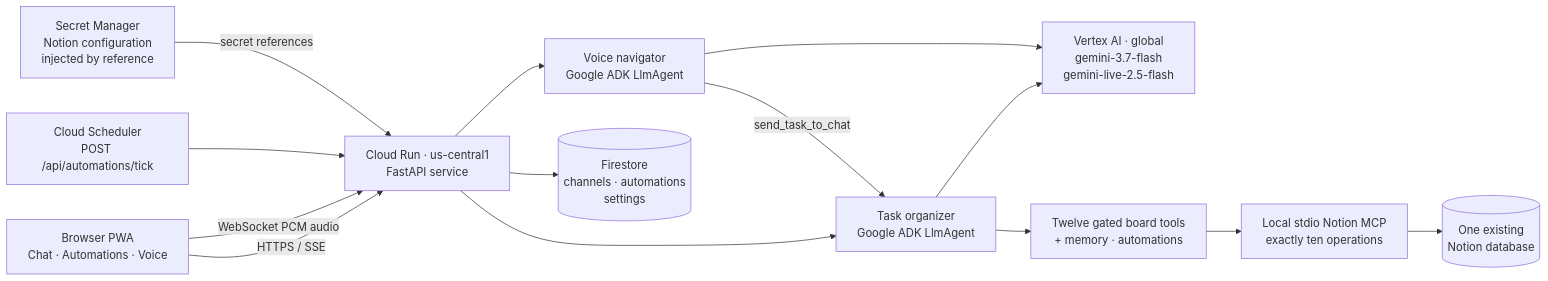
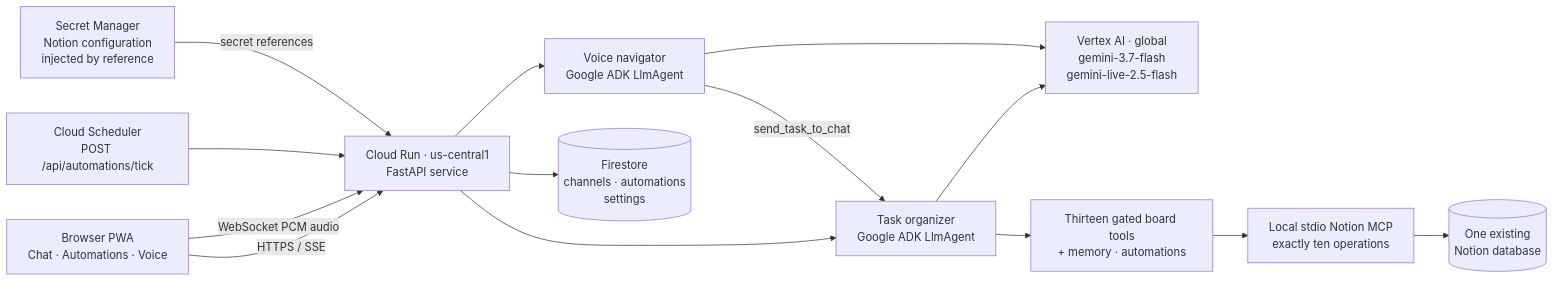
The diagram in docs/architecture.md (Avischai-G/avi-notes-assistant), drawn with Mermaid before and after one commit. The commit also changed other lines of this file and 11 other files, not shown here.

First line of the commit message:
Automations work the board, photos land on task pages, and the composer behaves

````diff
--- a/docs/architecture.md
+++ b/docs/architecture.md
@@ -9,28 +9,28 @@
 ```mermaid
 flowchart LR
     B[Browser PWA\nChat · Automations · Voice]
     API[Cloud Run · us-central1\nFastAPI service]
     A[Task organizer\nGoogle ADK LlmAgent]
     L[Voice navigator\nGoogle ADK LlmAgent]
     V[Vertex AI · global\ngemini-3.7-flash\ngemini-live-2.5-flash]
-    T[Twelve gated board tools\n+ memory · automations]
+    T[Thirteen gated board tools\n+ memory · automations]
     M[Local stdio Notion MCP\nexactly ten operations]
     N[(One existing\nNotion database)]
     F[(Firestore\nchannels · automations\nsettings)]
     S[Secret Manager\nNotion configuration\ninjected by reference]
     C[Cloud Scheduler\nPOST /api/automations/tick]
 
     B -->|HTTPS / SSE| API
     B -->|WebSocket PCM audio| API
     C --> API
     S -->|secret references| API
     API --> A
     API --> L
     L -->|send_task_to_chat| A
     A --> V
     L --> V
     A --> T
     T --> M
     M --> N
     API --> F
 ```
````
